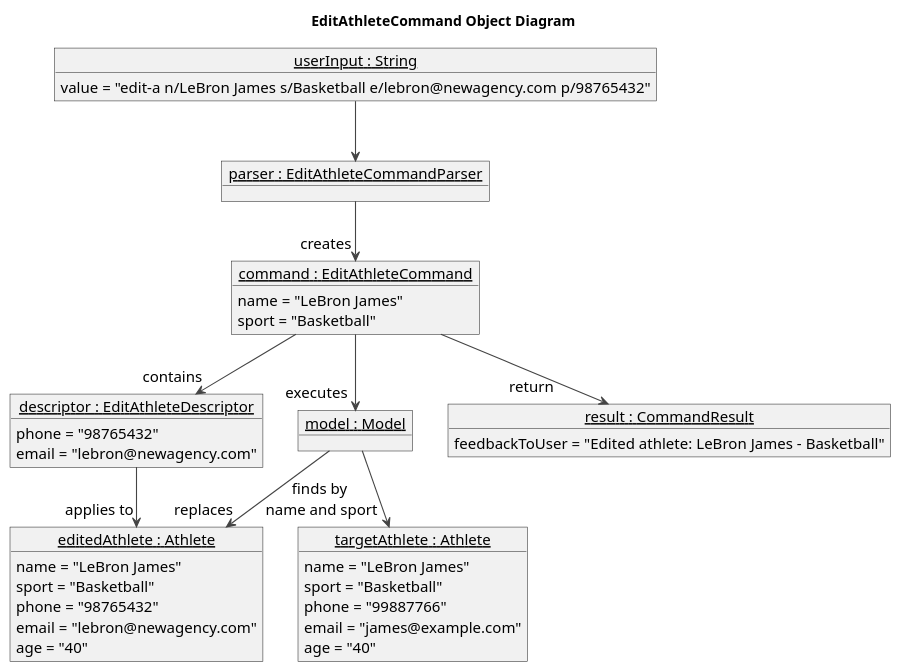
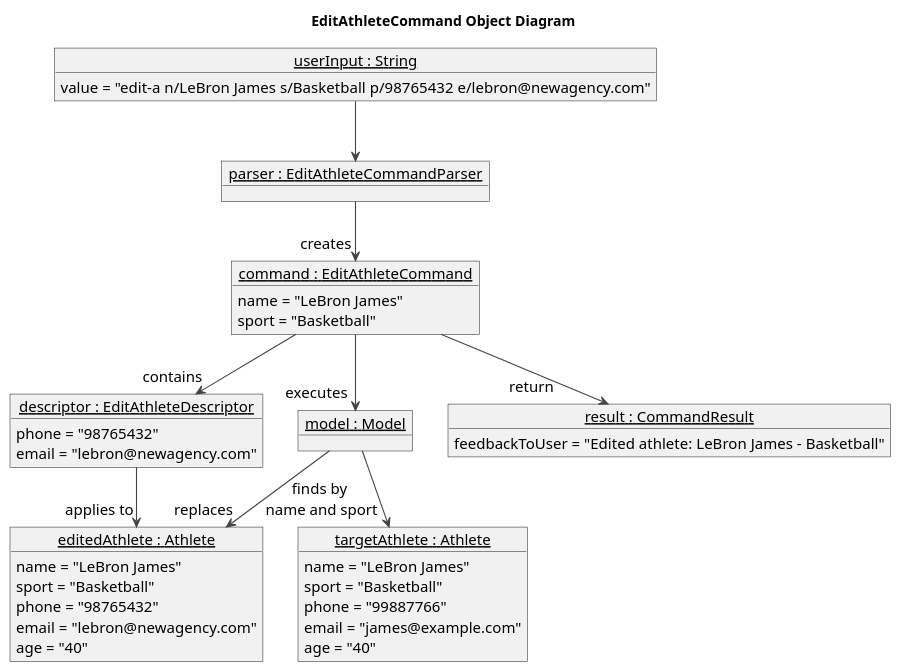
The diagram in docs/diagrams/EditObjectDiagram.puml (AY2526S1-CS2103T-F13-3/tp), drawn with PlantUML before and after one commit.

Commit message:
update object diagram

```diff
--- a/docs/diagrams/EditObjectDiagram.puml
+++ b/docs/diagrams/EditObjectDiagram.puml
@@ -1,60 +1,60 @@
 @startuml
 title EditAthleteCommand Object Diagram
 
 skinparam objectFontSize 15
 skinparam defaultFontSize 15
 skinparam ArrowColor #444444
 skinparam ArrowThickness 1.1
 skinparam ArrowFontStyle plain
 skinparam shadowing false
 
 ' ==== Objects (Runtime Instances) ====
 object "__userInput : String__" as userInput {
-  value = "edit-a n/LeBron James s/Basketball e/lebron@newagency.com p/98765432"
+  value = "edit-a n/LeBron James s/Basketball p/98765432 e/lebron@newagency.com"
 }
 
 object "__parser : EditAthleteCommandParser__" as parser
 
 object "__command : EditAthleteCommand__" as command {
   name = "LeBron James"
   sport = "Basketball"
 }
 
 object "__descriptor : EditAthleteDescriptor__" as descriptor {
   phone = "98765432"
   email = "lebron@newagency.com"
 }
 
 object "__model : Model__" as model
 
 object "__targetAthlete : Athlete__" as targetAthlete {
   name = "LeBron James"
   sport = "Basketball"
   phone = "99887766"
   email = "james@example.com"
   age = "40"
 }
 
 object "__editedAthlete : Athlete__" as editedAthlete {
   name = "LeBron James"
   sport = "Basketball"
   phone = "98765432"
   email = "lebron@newagency.com"
   age = "40"
 }
 
 object "__result : CommandResult__" as result {
   feedbackToUser = "Edited athlete: LeBron James - Basketball"
 }
 
 ' ==== Relationships (Directional) ====
 userInput --> parser
 parser --> "creates" command
 command --> "contains" descriptor
 command --> "executes" model
 model --> "finds by \n name and sport " targetAthlete
 descriptor --> "applies to" editedAthlete
 model --> "replaces" editedAthlete
 command --> "return        " result
 
 @enduml
```
